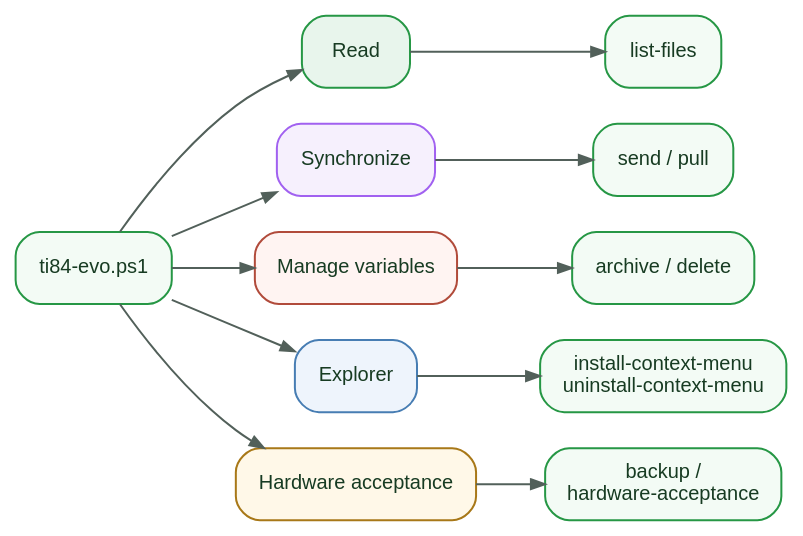
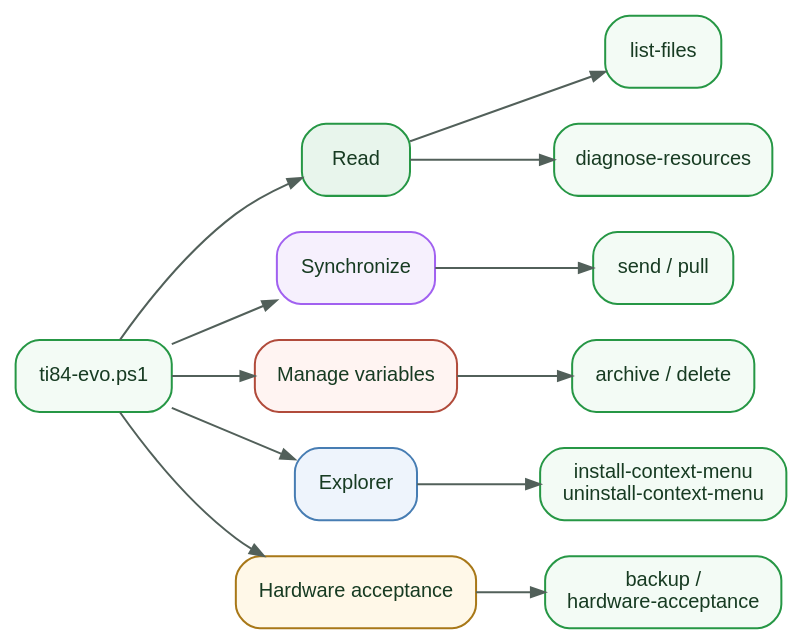
One commit to Inspyre-Softworks/ti84-evo-for-pycharm changed the diagram in docs/cli.rst. Above: the diagram before and after it, drawn with Graphviz. The commit also changed other lines of this file and 20 other files, not shown here.

```diff
--- a/docs/cli.rst
+++ b/docs/cli.rst
@@ -22,29 +22,31 @@
 .. graphviz::
    :align: center
 
    digraph cli_commands {
        rankdir=LR;
        graph [bgcolor="transparent", pad=0.15, nodesep=0.25, ranksep=0.45];
        node [shape=box, style="rounded,filled", fillcolor="#f3fbf5",
              color="#269745", fontcolor="#173b22", fontname="Arial",
              fontsize=10, margin="0.16,0.10"];
        edge [color="#52605a", fontname="Arial", fontsize=9, arrowsize=0.7];
 
        cli [label="ti84-evo.ps1"];
        read [label="Read", fillcolor="#e8f5ec"];
        sync [label="Synchronize", fillcolor="#f6f0fd", color="#a161f0"];
        mutate [label="Manage variables", fillcolor="#fff4f2", color="#b14b3b"];
        shell [label="Explorer", fillcolor="#eef4fc", color="#477db3"];
        safety [label="Hardware acceptance", fillcolor="#fff8e8", color="#a87818"];
        list [label="list-files"];
+       diagnose [label="diagnose-resources"];
        send [label="send / pull"];
        vars [label="archive / delete"];
        menus [label="install-context-menu\nuninstall-context-menu"];
        backup [label="backup /\nhardware-acceptance"];
 
        cli -> read -> list;
+       read -> diagnose;
        cli -> sync -> send;
        cli -> mutate -> vars;
        cli -> shell -> menus;
        cli -> safety -> backup;
    }
```
